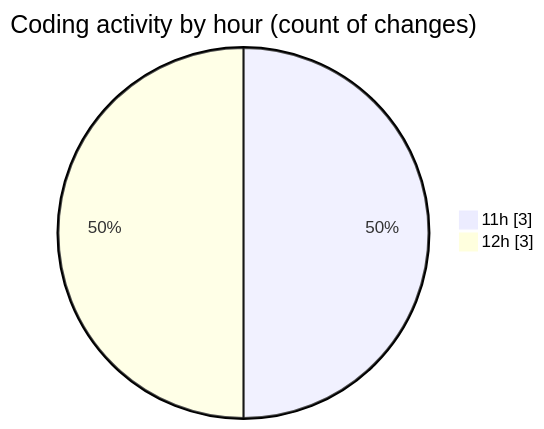
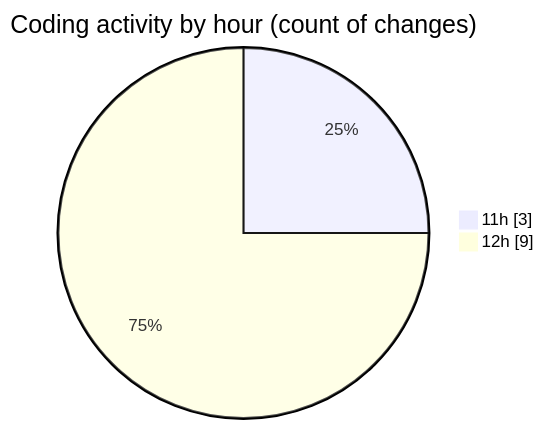
The second of 2 diagrams in 2026-01-06/nxtqube_webapp/README.md (nxtqubesakshisongat/code-tracking), drawn with Mermaid before and after one commit. The commit also changed other lines of this file and 1 other file, not shown here.

````diff
--- a/2026-01-06/nxtqube_webapp/README.md
+++ b/2026-01-06/nxtqube_webapp/README.md
@@ -29,6 +29,6 @@
 ```mermaid
 pie showData
 title Coding activity by hour (count of changes)
 "11h" : 3
-"12h" : 3
+"12h" : 9
 ```
````
